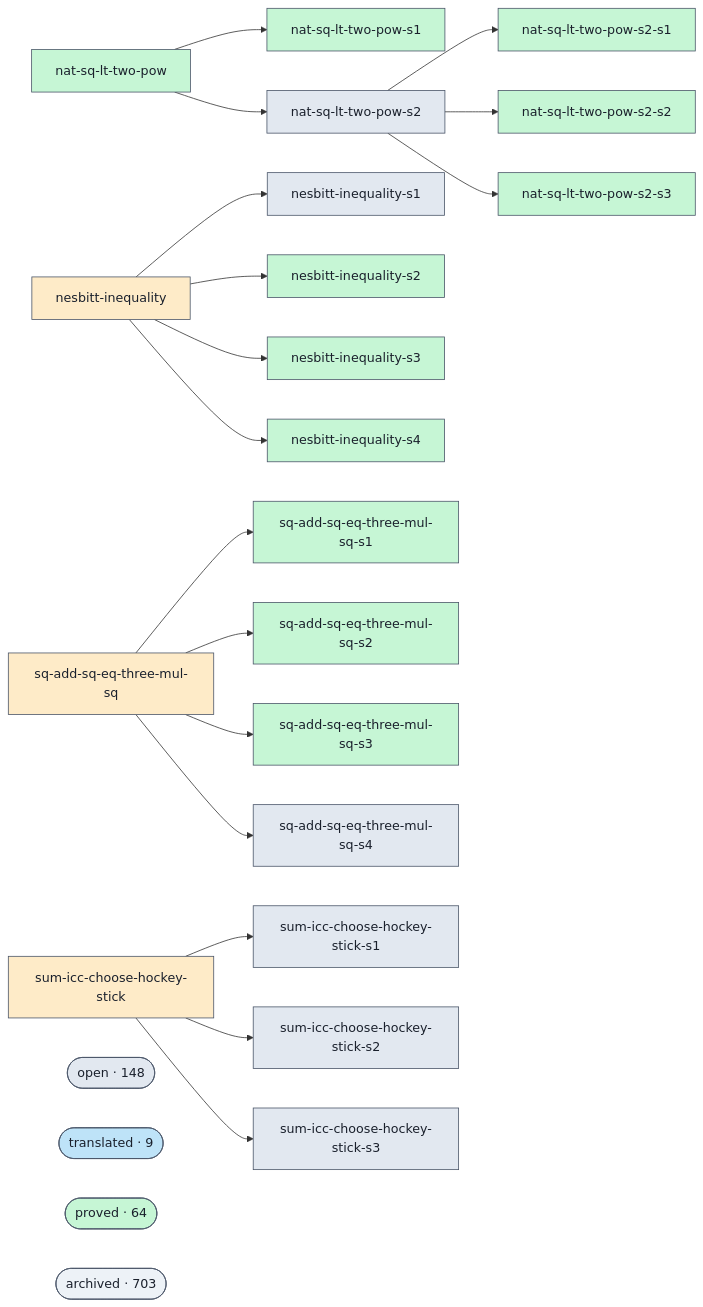
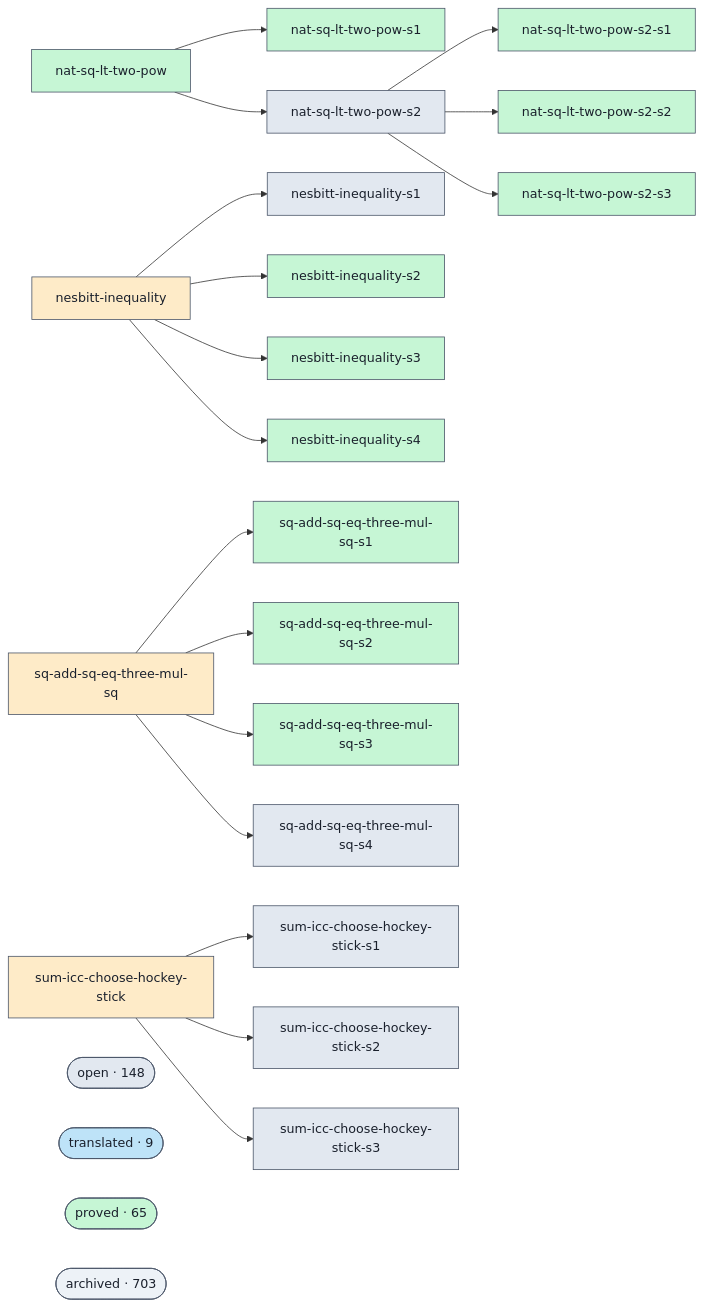
Before and after one commit to ohdearquant/unsorry: the diagram in docs/proofs-contributors-visualisation.md, drawn with Mermaid. The commit also changed other lines of this file and 2 other files, not shown here.

```diff
--- a/docs/proofs-contributors-visualisation.md
+++ b/docs/proofs-contributors-visualisation.md
@@ -102,7 +102,7 @@
   class cluster_open open;
   cluster_translated(["translated · 9"])
   class cluster_translated translated;
-  cluster_proved(["proved · 64"])
+  cluster_proved(["proved · 65"])
   class cluster_proved proved;
   cluster_archived(["archived · 703"])
   class cluster_archived unknown;
```
